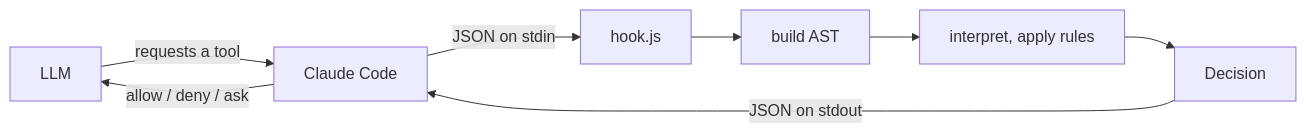
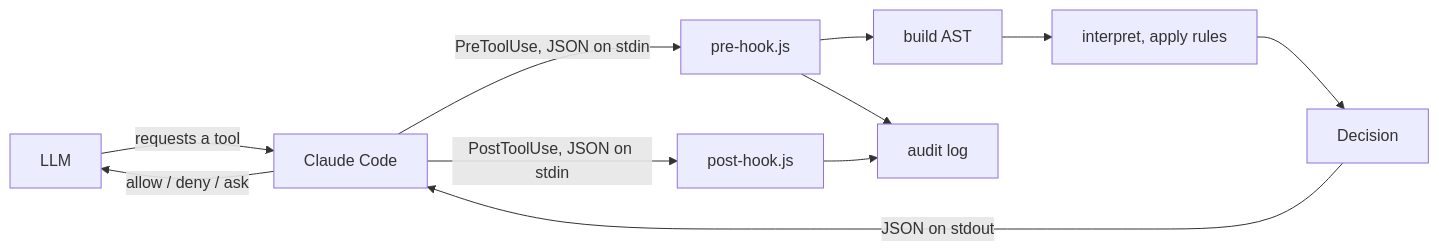
One commit to ashleydavis/expressive-permissions changed the first of 5 diagrams in docs/HOW_IT_WORKS.md. Above: the diagram before and after it, drawn with Mermaid. The commit also changed other lines of this file and 9 other files, not shown here.

````diff
--- a/docs/HOW_IT_WORKS.md
+++ b/docs/HOW_IT_WORKS.md
@@ -7,10 +7,12 @@
 ```mermaid
 flowchart LR
   A[LLM] -->|requests a tool| CC[Claude Code]
-  CC -->|JSON on stdin| H[hook.js]
+  CC -->|PreToolUse, JSON on stdin| H[pre-hook.js]
   H --> BA[build AST]
   BA --> I[interpret, apply rules]
   I --> D[Decision]
   D -->|JSON on stdout| CC
   CC -->|allow / deny / ask| A
+  CC -->|PostToolUse, JSON on stdin| PH[post-hook.js]
+  H & PH --> AL[audit log]
 ```
````
